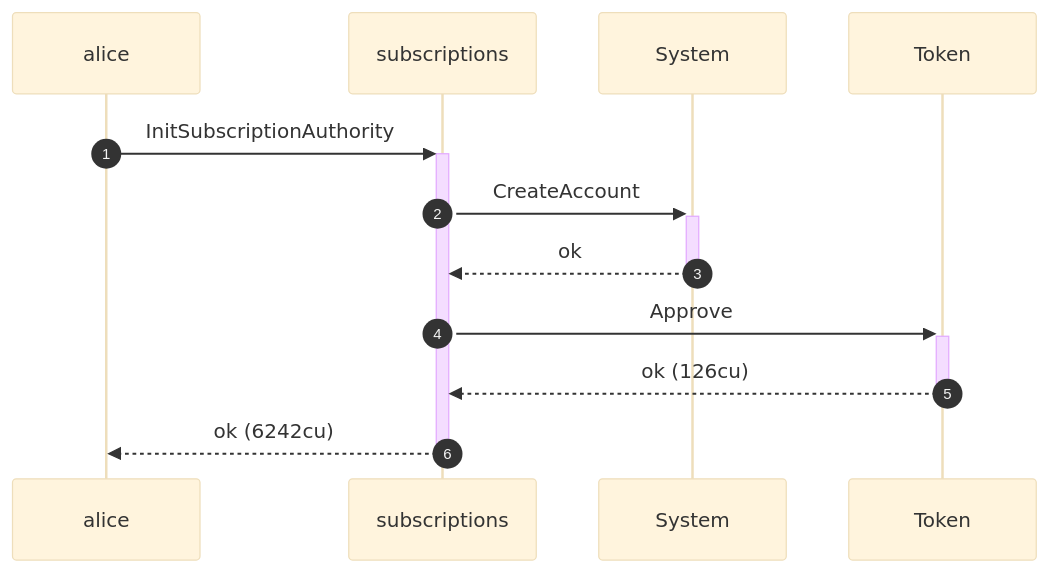
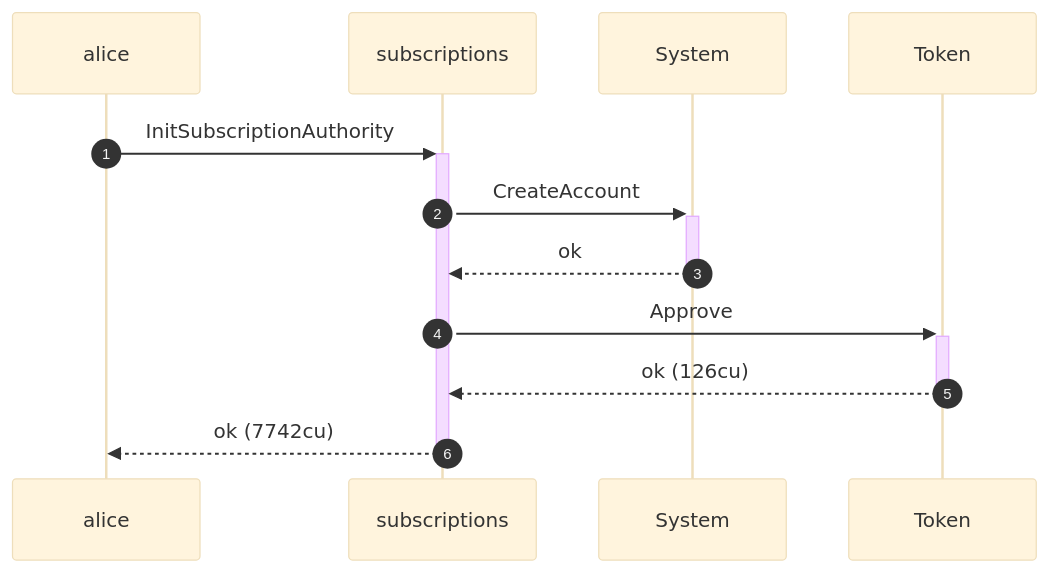
Before and after one commit to cds-rs/subscriptions: the second of 4 diagrams in dsl_tests/reject-a-fixed-delegation-with-a-past-expiry.md, drawn with Mermaid (base theme). The commit also changed other lines of this file and 224 other files, not shown here.

````diff
--- a/dsl_tests/reject-a-fixed-delegation-with-a-past-expiry.md
+++ b/dsl_tests/reject-a-fixed-delegation-with-a-past-expiry.md
@@ -36,14 +37,14 @@
 ```mermaid
 sequenceDiagram
     autonumber
     participant alice
     participant subscriptions
     participant System
     participant Token
     alice ->>+ subscriptions: InitSubscriptionAuthority
     subscriptions ->>+ System: CreateAccount
     System -->>- subscriptions: ok
     subscriptions ->>+ Token: Approve
     Token -->>- subscriptions: ok (126cu)
-    subscriptions -->>- alice: ok (6242cu)
+    subscriptions -->>- alice: ok (7742cu)
 ```
````
